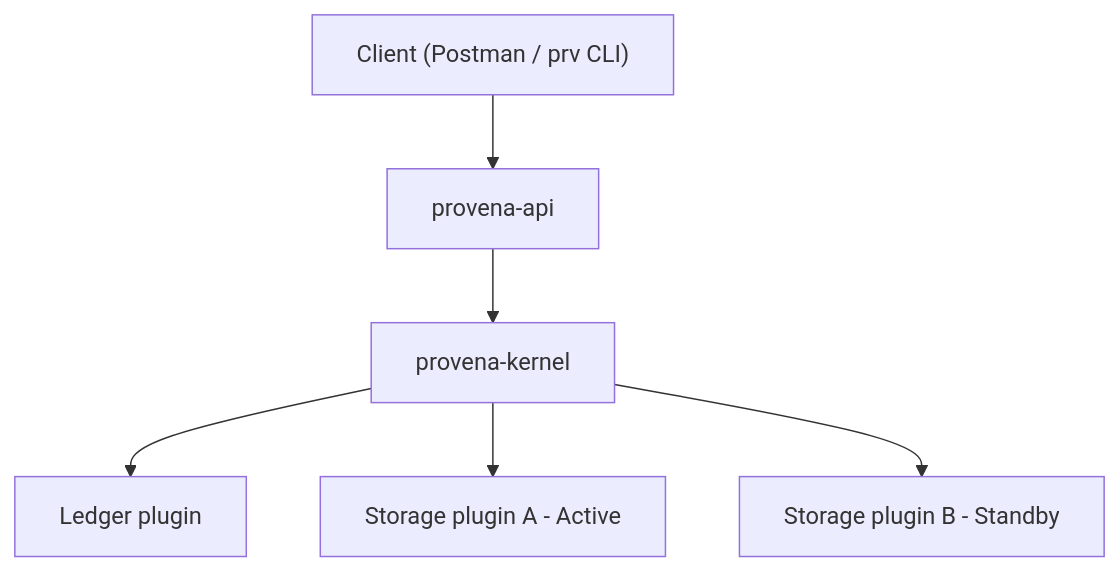
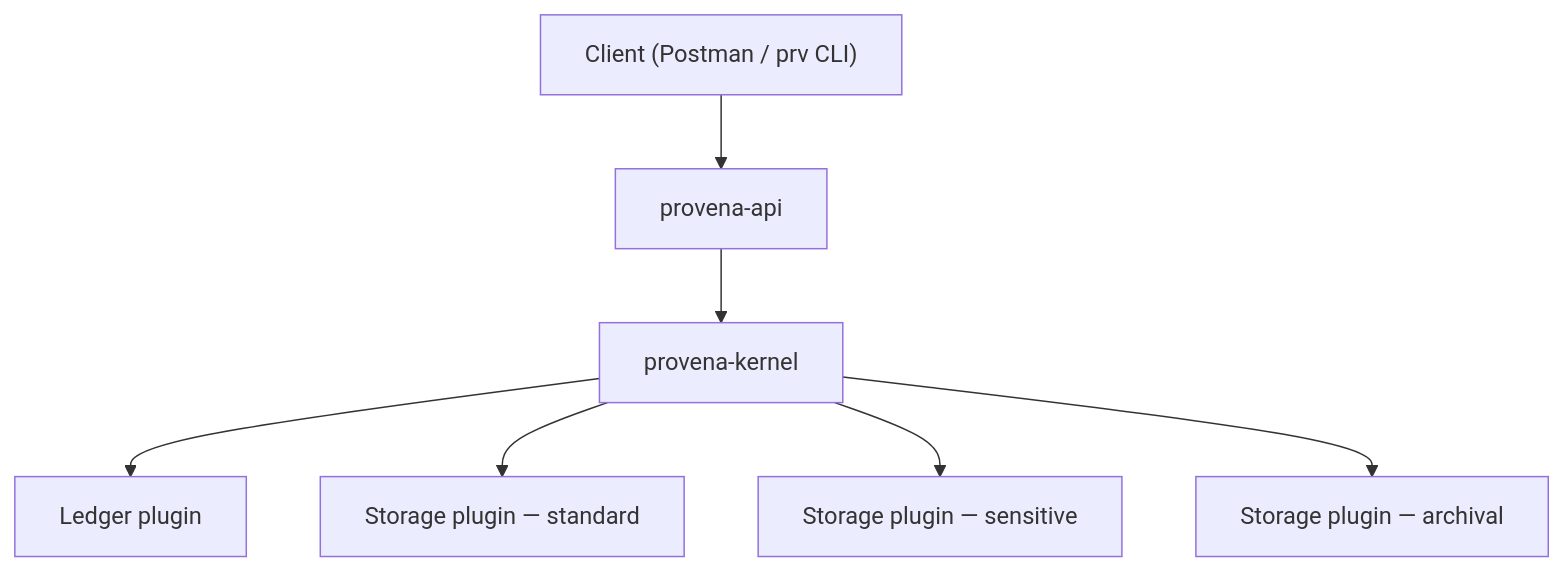
The diagram in docs/src/architecture/overview.md (provenancai/provena), drawn with Mermaid before and after one commit.

Commit message:
docs: replace active/standby storage nodes with role-scoped nodes in overview diagram

````diff
--- a/docs/src/architecture/overview.md
+++ b/docs/src/architecture/overview.md
@@ -7,8 +7,9 @@
 ```mermaid
 flowchart TD
     Client["Client (Postman / prv CLI)"] --> API[provena-api]
     API --> Kernel[provena-kernel]
     Kernel --> Ledger[Ledger plugin]
-    Kernel --> StorageA["Storage plugin A - Active"]
-    Kernel --> StorageB["Storage plugin B - Standby"]
+    Kernel --> StorageStd["Storage plugin — standard"]
+    Kernel --> StorageSens["Storage plugin — sensitive"]
+    Kernel --> StorageArc["Storage plugin — archival"]
 ```
````
